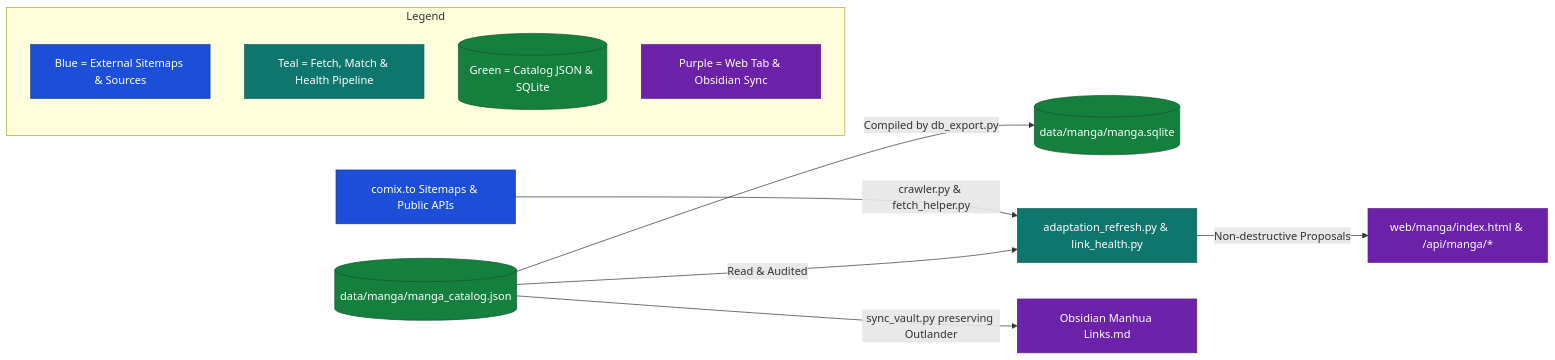
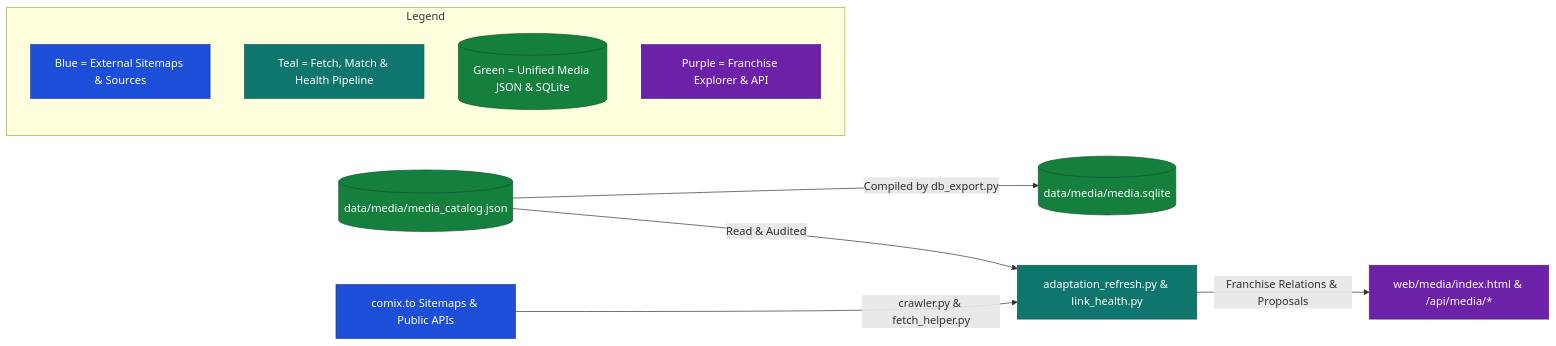
Before and after one commit to Mostakim2005/database-manager: the tenth of 12 diagrams in docs/ARCHITECTURE.md, drawn with Mermaid. The commit also changed other lines of this file and 54 other files, not shown here.

````diff
--- a/docs/ARCHITECTURE.md
+++ b/docs/ARCHITECTURE.md
@@ -299,21 +304,20 @@
 ```mermaid
 flowchart LR
     %% Color Definitions
     classDef startNode fill:#1d4ed8,stroke:#1e3a8a,color:#ffffff
     classDef processNode fill:#0f766e,stroke:#115e59,color:#ffffff
     classDef dataNode fill:#15803d,stroke:#14532d,color:#ffffff
     classDef outNode fill:#6b21a8,stroke:#581c87,color:#ffffff
 
-    M1[(data/manga/manga_catalog.json)]:::dataNode -->|Compiled by db_export.py| M2[(data/manga/manga.sqlite)]:::dataNode
+    M1[(data/media/media_catalog.json)]:::dataNode -->|Compiled by db_export.py| M2[(data/media/media.sqlite)]:::dataNode
     S1[comix.to Sitemaps & Public APIs]:::startNode -->|crawler.py & fetch_helper.py| P1[adaptation_refresh.py & link_health.py]:::processNode
     M1 -->|Read & Audited| P1
-    P1 -->|Non-destructive Proposals| UI1[web/manga/index.html & /api/manga/*]:::outNode
-    M1 -->|sync_vault.py preserving Outlander| OBS[Obsidian Manhua Links.md]:::outNode
+    P1 -->|Franchise Relations & Proposals| UI1[web/media/index.html & /api/media/*]:::outNode
 
     subgraph Legend["Legend"]
         L1[Blue = External Sitemaps & Sources]:::startNode
         L2[Teal = Fetch, Match & Health Pipeline]:::processNode
-        L3[(Green = Catalog JSON & SQLite)]:::dataNode
-        L4[Purple = Web Tab & Obsidian Sync]:::outNode
+        L3[(Green = Unified Media JSON & SQLite)]:::dataNode
+        L4[Purple = Franchise Explorer & API]:::outNode
     end
 ```
````
